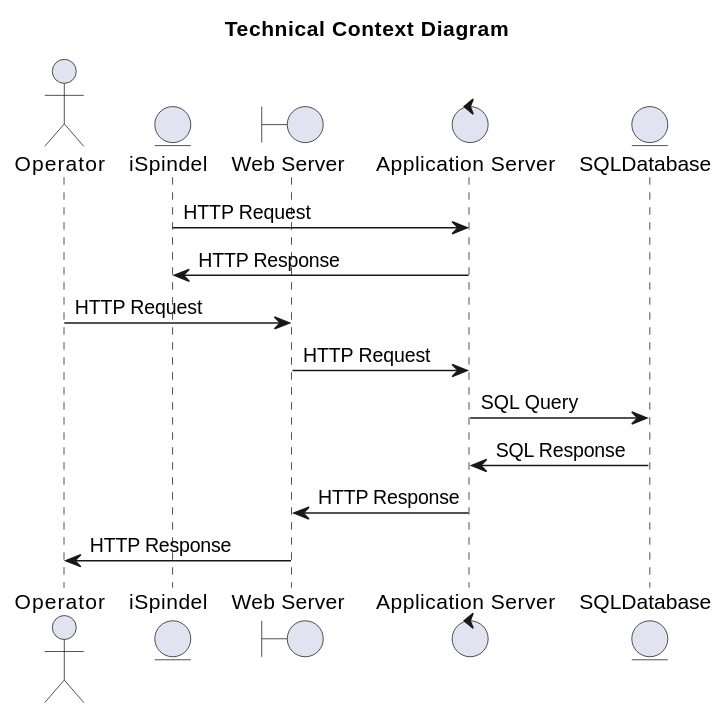
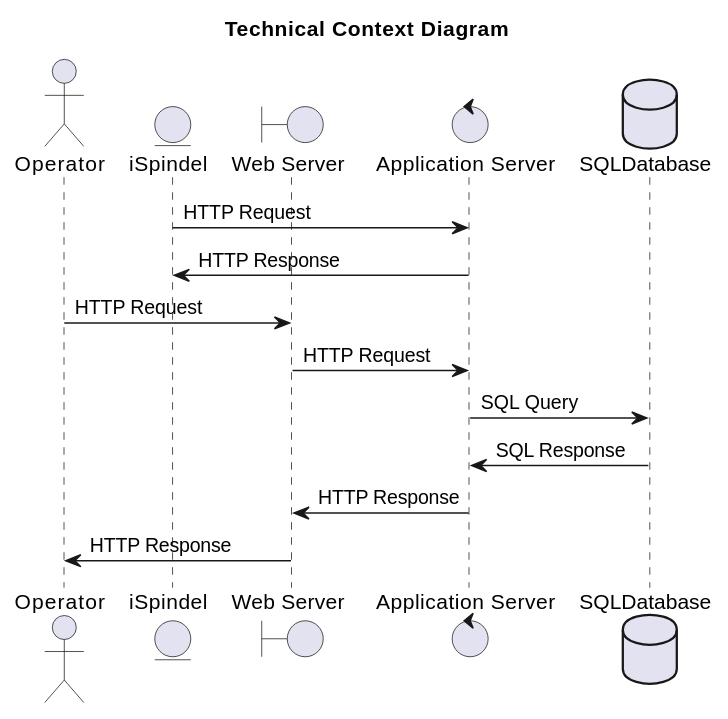
Before and after one commit to asbor/iu-project-software-engineering: the third of 5 diagrams in documents/01-Conception-Phase/00-HoppyBrew.md, drawn with PlantUML. The commit also changed 3 other files, not shown here.

```diff
--- a/documents/01-Conception-Phase/00-HoppyBrew.md
+++ b/documents/01-Conception-Phase/00-HoppyBrew.md
@@ -338,21 +338,21 @@
 @startuml 03-Context-View-Technical
 
 title Technical Context Diagram
 
 actor user as "Operator"
 entity ISpindel as "iSpindel"
 boundary WebServer as "Web Server"
 control AppServer as "Application Server"
-entity Database as "SQLDatabase"
+database Database as "SQLDatabase"
 
 ISpindel -> AppServer : HTTP Request
 AppServer -> ISpindel : HTTP Response
 
 user -> WebServer : HTTP Request
 WebServer -> AppServer : HTTP Request
 AppServer -> Database : SQL Query
 Database -> AppServer : SQL Response
 AppServer -> WebServer : HTTP Response
 WebServer -> user : HTTP Response
 
 @enduml
```
